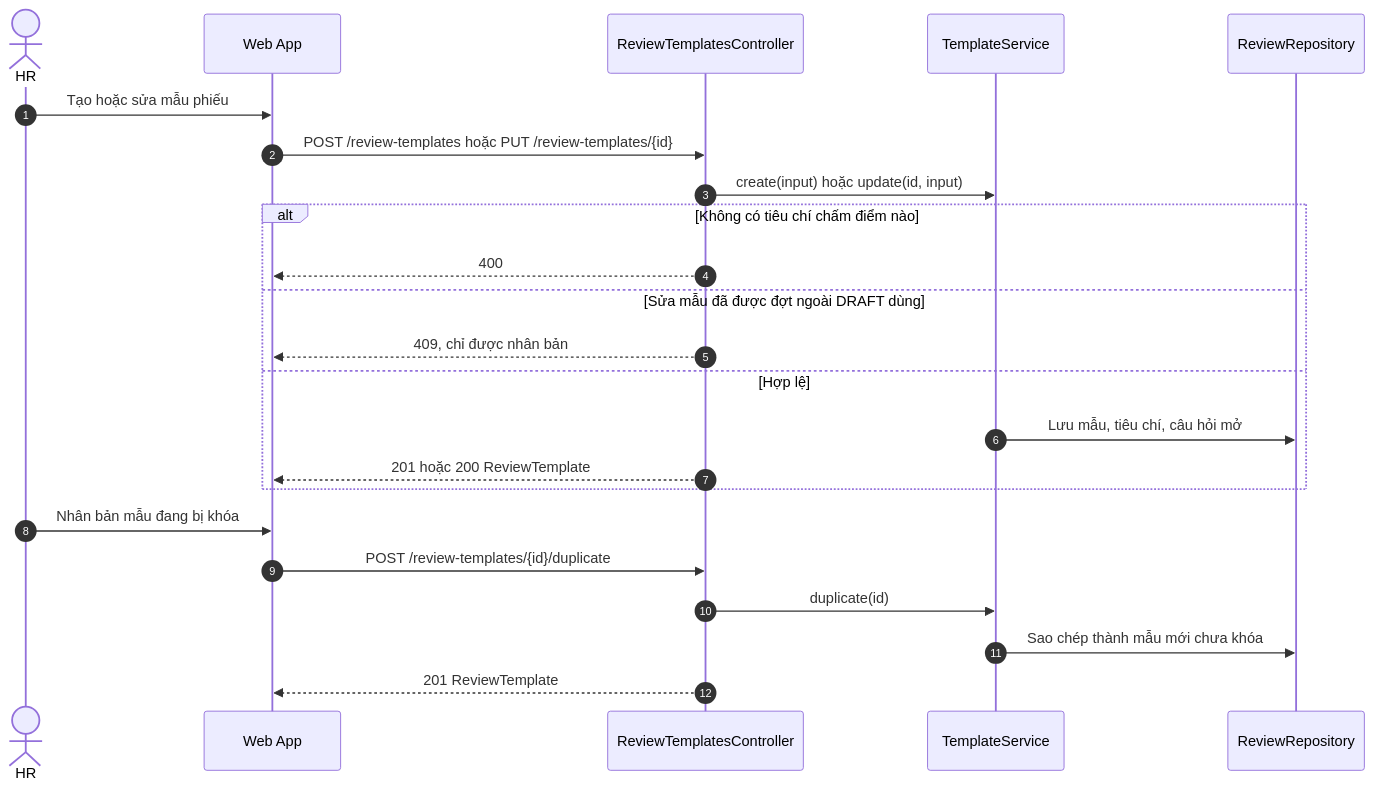
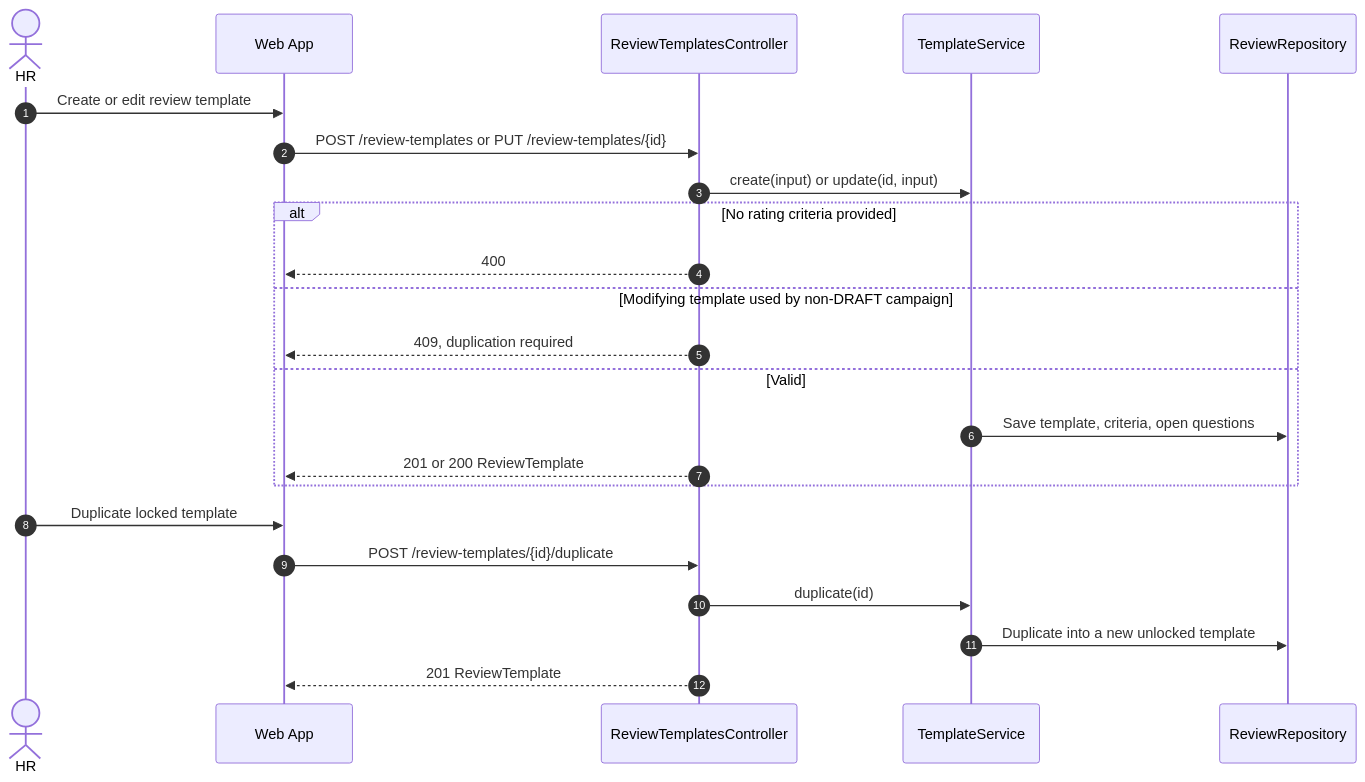
Diagram 15 of 32 in docs/architecture/sequence-diagrams.md (Akaza-ban/OCK-360), drawn with Mermaid before and after one commit. The commit also changed other lines of this file and 24 other files, not shown here.

````diff
--- a/docs/architecture/sequence-diagrams.md
+++ b/docs/architecture/sequence-diagrams.md
@@ -533,26 +533,26 @@
 ```mermaid
 sequenceDiagram
     autonumber
     actor HR as HR
     participant W as Web App
     participant C as ReviewTemplatesController
     participant S as TemplateService
     participant R as ReviewRepository
 
-    HR->>W: Tạo hoặc sửa mẫu phiếu
-    W->>C: POST /review-templates hoặc PUT /review-templates/{id}
-    C->>S: create(input) hoặc update(id, input)
-    alt Không có tiêu chí chấm điểm nào
+    HR->>W: Create or edit review template
+    W->>C: POST /review-templates or PUT /review-templates/{id}
+    C->>S: create(input) or update(id, input)
+    alt No rating criteria provided
         C-->>W: 400
-    else Sửa mẫu đã được đợt ngoài DRAFT dùng
-        C-->>W: 409, chỉ được nhân bản
-    else Hợp lệ
-        S->>R: Lưu mẫu, tiêu chí, câu hỏi mở
-        C-->>W: 201 hoặc 200 ReviewTemplate
+    else Modifying template used by non-DRAFT campaign
+        C-->>W: 409, duplication required
+    else Valid
+        S->>R: Save template, criteria, open questions
+        C-->>W: 201 or 200 ReviewTemplate
     end
-    HR->>W: Nhân bản mẫu đang bị khóa
+    HR->>W: Duplicate locked template
     W->>C: POST /review-templates/{id}/duplicate
     C->>S: duplicate(id)
-    S->>R: Sao chép thành mẫu mới chưa khóa
+    S->>R: Duplicate into a new unlocked template
     C-->>W: 201 ReviewTemplate
 ```
````
